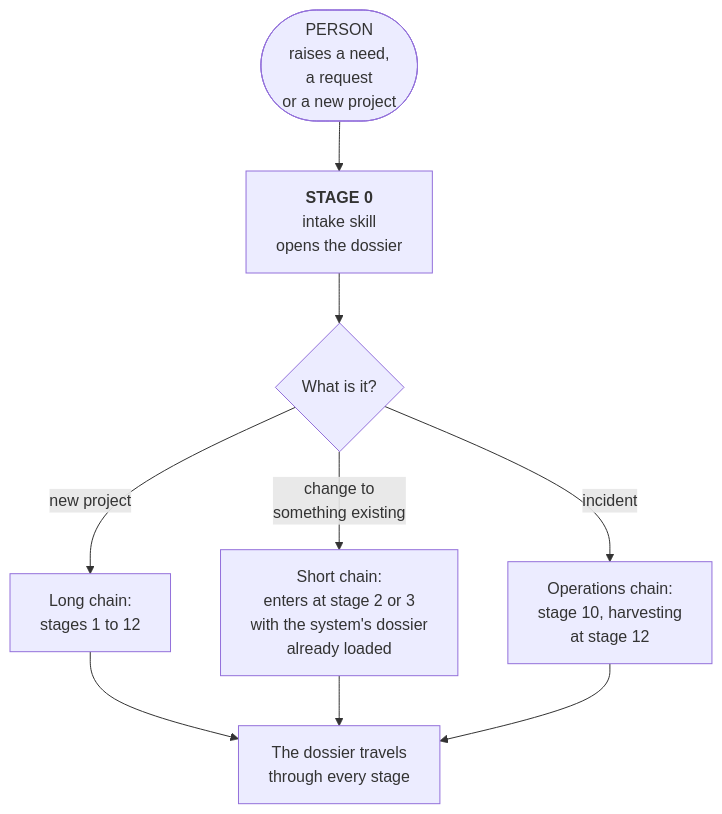
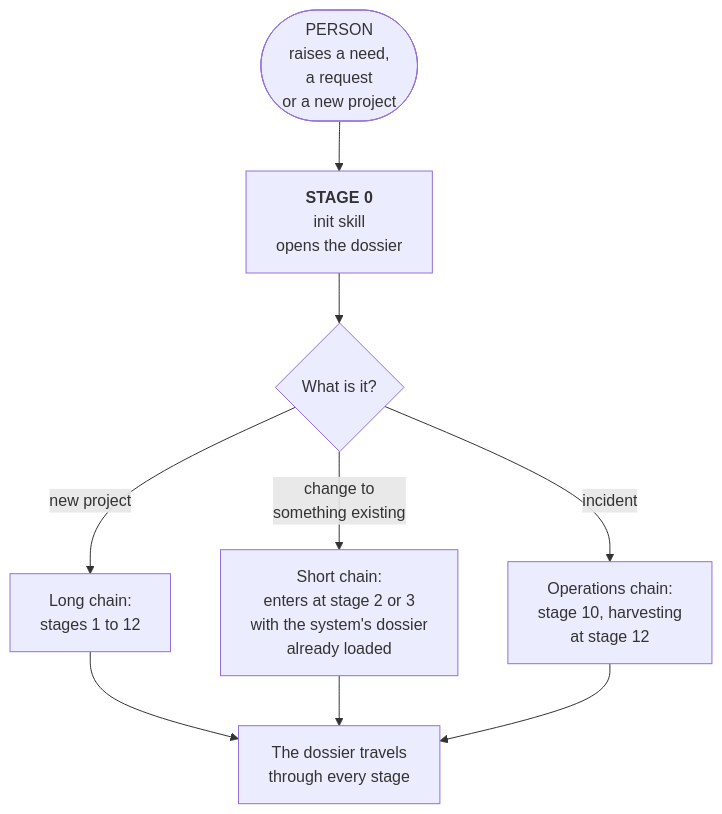
The first of 4 diagrams in GATE.md (javierdres/cauce-framework), drawn with Mermaid before and after one commit. The commit also changed other lines of this file and 7 other files, not shown here.

First line of the commit message:
Entry skill becomes /init, and the explainer video ships with the repo

````diff
--- a/GATE.md
+++ b/GATE.md
@@ -64,11 +64,11 @@
 ```mermaid
 flowchart TD
-    H(["PERSON<br/>raises a need,<br/>a request<br/>or a new project"]) --> S0["<b>STAGE 0</b><br/>intake skill<br/>opens the dossier"]
+    H(["PERSON<br/>raises a need,<br/>a request<br/>or a new project"]) --> S0["<b>STAGE 0</b><br/>init skill<br/>opens the dossier"]
     S0 --> C{"What is it?"}
     C -->|"new project"| P["Long chain:<br/>stages 1 to 12"]
     C -->|"change to<br/>something existing"| Q["Short chain:<br/>enters at stage 2 or 3<br/>with the system's dossier<br/>already loaded"]
     C -->|"incident"| R["Operations chain:<br/>stage 10, harvesting<br/>at stage 12"]
     P --> E["The dossier travels<br/>through every stage"]
     Q --> E
     R --> E
 ```
````
